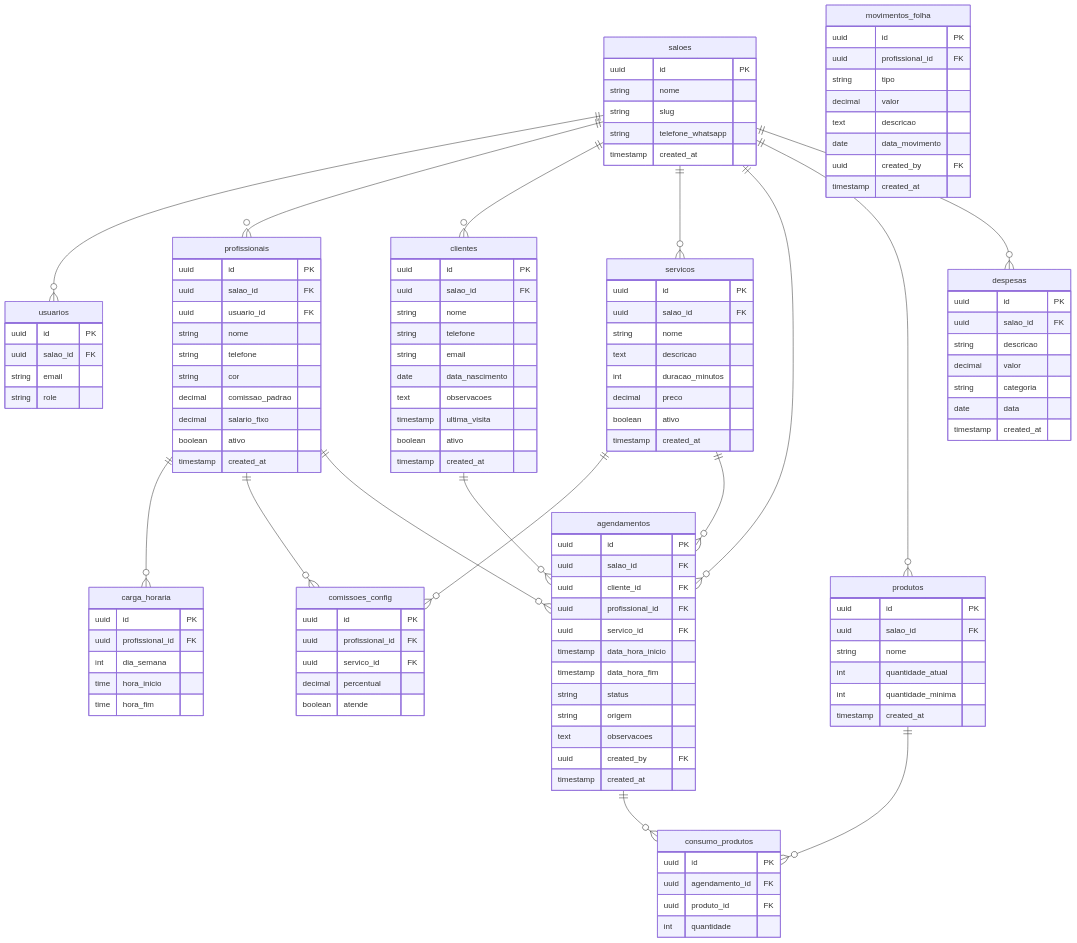
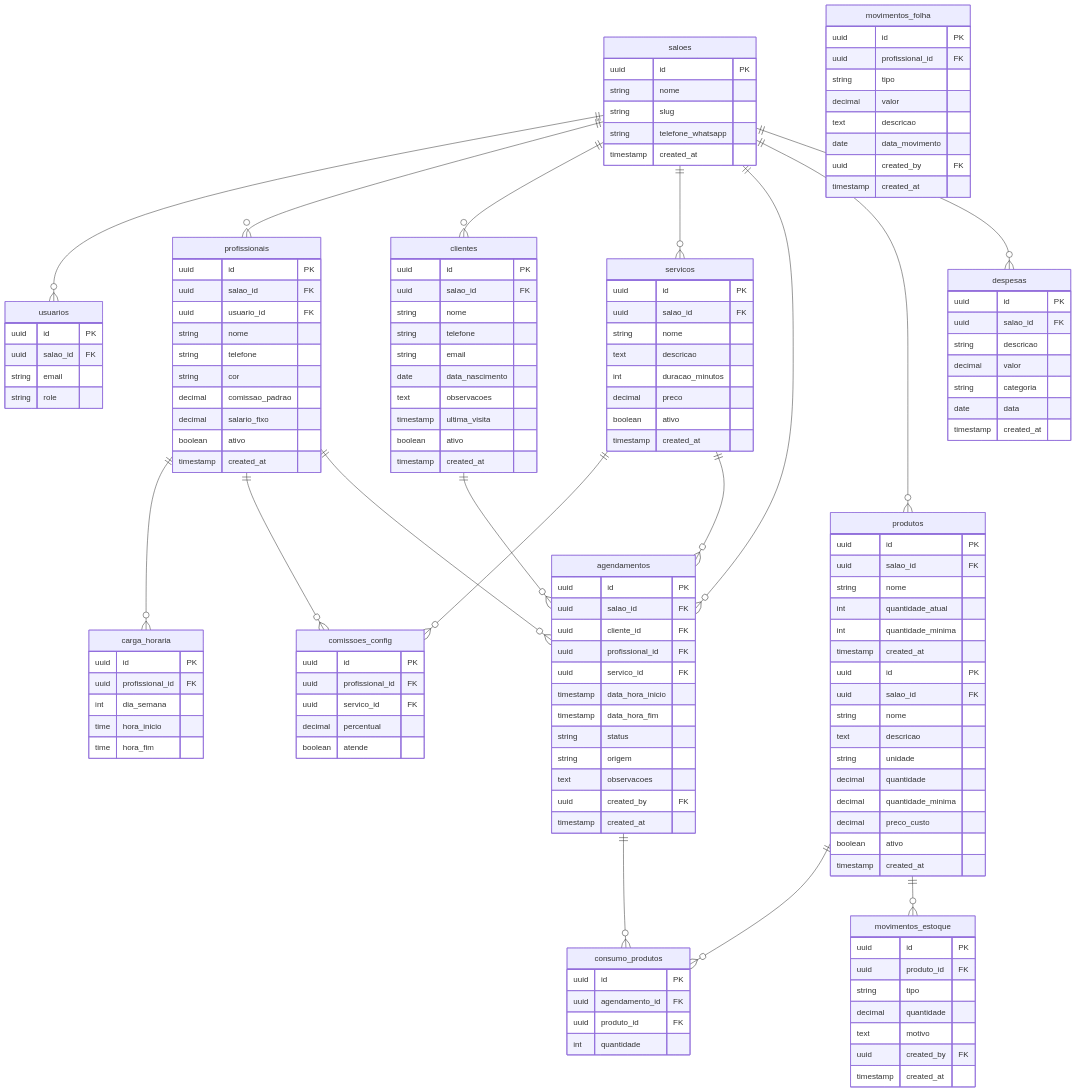
Before and after one commit to DiegoNexa/Nexa: the seventh of 7 diagrams in DIAGRAM.md, drawn with Mermaid. The commit also changed 9 other files, not shown here.

First line of the commit message:
feat: Pilar 3 - gestão de estoque (produtos + movimentos + alertas)

````diff
--- a/DIAGRAM.md
+++ b/DIAGRAM.md
@@ -292,6 +292,29 @@
         timestamp created_at
     }
 
+    produtos {
+        uuid id PK
+        uuid salao_id FK
+        string nome
+        text descricao
+        string unidade
+        decimal quantidade
+        decimal quantidade_minima
+        decimal preco_custo
+        boolean ativo
+        timestamp created_at
+    }
+
+    movimentos_estoque {
+        uuid id PK
+        uuid produto_id FK
+        string tipo
+        decimal quantidade
+        text motivo
+        uuid created_by FK
+        timestamp created_at
+    }
+
     saloes ||--o{ usuarios : ""
     saloes ||--o{ profissionais : ""
     saloes ||--o{ clientes : ""
@@ -307,4 +330,5 @@
     servicos ||--o{ agendamentos : ""
     agendamentos ||--o{ consumo_produtos : ""
     produtos ||--o{ consumo_produtos : ""
+    produtos ||--o{ movimentos_estoque : ""
 ```
````
